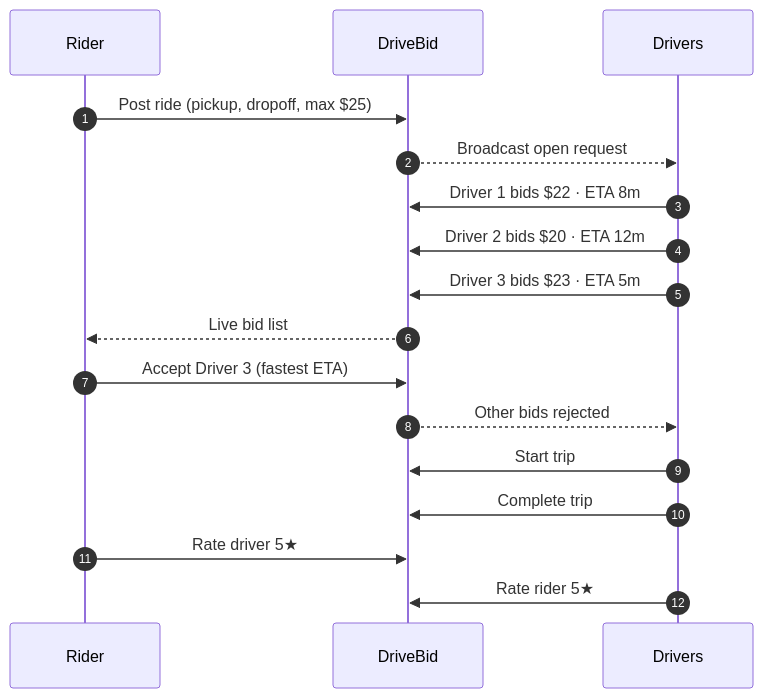
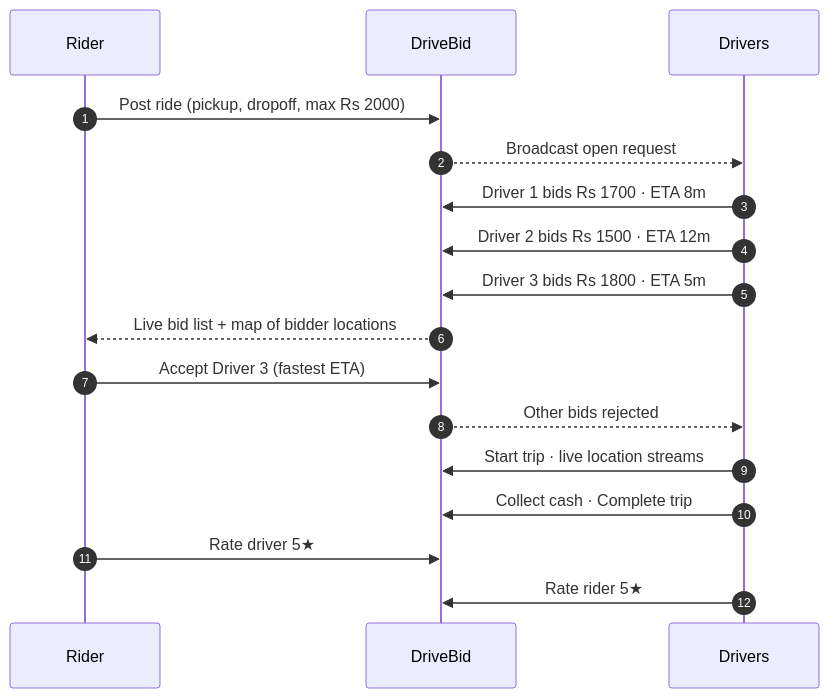
One commit to atifali-pm/drivebid changed the first of 3 diagrams in README.md. Above: the diagram before and after it, drawn with Mermaid. The commit also changed other lines of this file, not shown here.

First line of the commit message:
README: add live URLs, APK links, mobile features, updated roadmap

````diff
--- a/README.md
+++ b/README.md
@@ -54,20 +93,20 @@
 ```mermaid
 sequenceDiagram
     autonumber
     participant R as Rider
     participant A as DriveBid
     participant D as Drivers
 
-    R->>A: Post ride (pickup, dropoff, max $25)
+    R->>A: Post ride (pickup, dropoff, max Rs 2000)
     A-->>D: Broadcast open request
-    D->>A: Driver 1 bids $22 · ETA 8m
-    D->>A: Driver 2 bids $20 · ETA 12m
-    D->>A: Driver 3 bids $23 · ETA 5m
-    A-->>R: Live bid list
+    D->>A: Driver 1 bids Rs 1700 · ETA 8m
+    D->>A: Driver 2 bids Rs 1500 · ETA 12m
+    D->>A: Driver 3 bids Rs 1800 · ETA 5m
+    A-->>R: Live bid list + map of bidder locations
     R->>A: Accept Driver 3 (fastest ETA)
     A-->>D: Other bids rejected
-    D->>A: Start trip
-    D->>A: Complete trip
+    D->>A: Start trip · live location streams
+    D->>A: Collect cash · Complete trip
     R->>A: Rate driver 5★
     D->>A: Rate rider 5★
 ```
````
